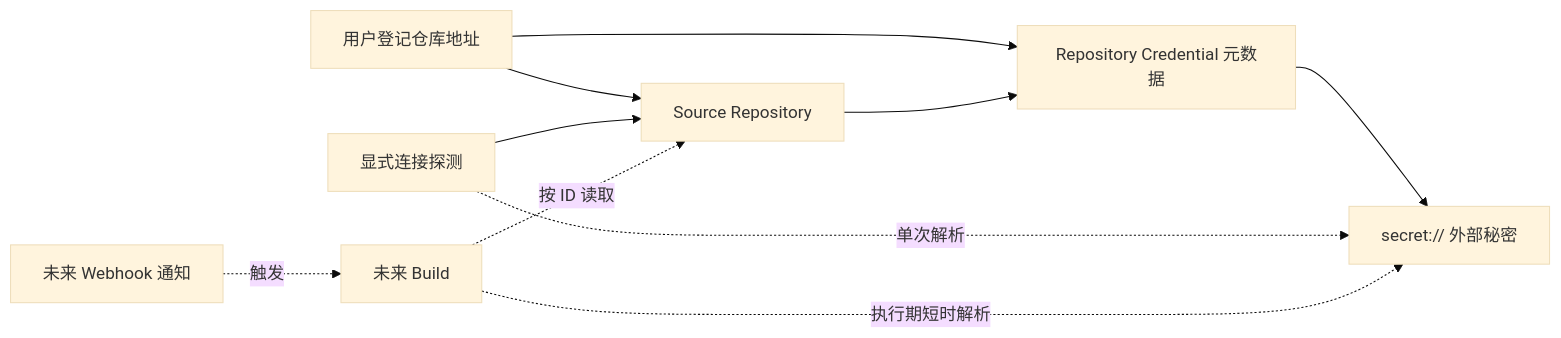
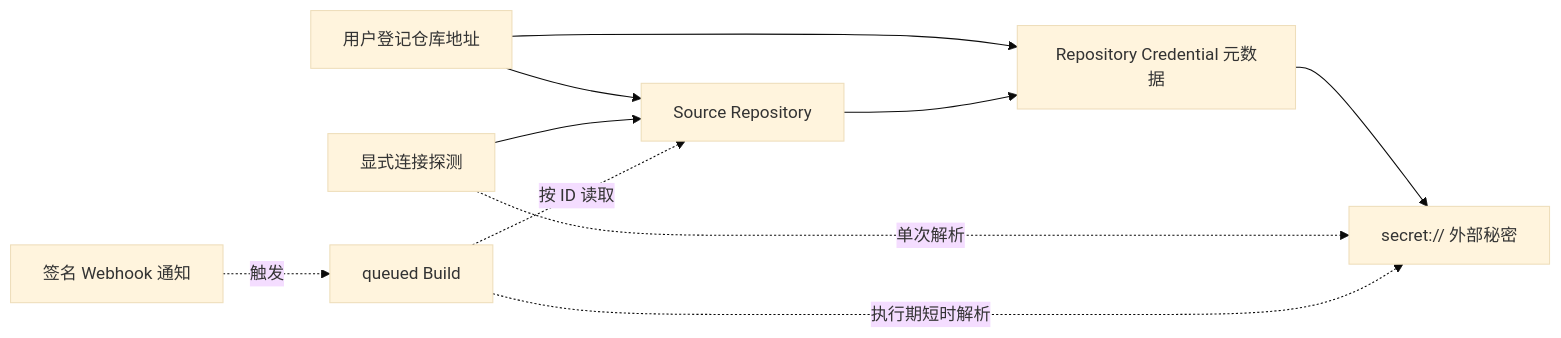
One commit to owndock/owndock changed the first of 2 diagrams in docs/source-repositories.md. Above: the diagram before and after it, drawn with Mermaid (base theme). The commit also changed other lines of this file and 160 other files, not shown here.

````diff
--- a/docs/source-repositories.md
+++ b/docs/source-repositories.md
@@ -17,12 +17,12 @@
 ```mermaid
 flowchart LR
     U[用户登记仓库地址] --> S[Source Repository]
     U --> C[Repository Credential 元数据]
     C --> X[secret:// 外部秘密]
     S --> C
     P[显式连接探测] --> S
     P -.单次解析.-> X
-    W[未来 Webhook 通知] -.触发.-> B[未来 Build]
+    W[签名 Webhook 通知] -.触发.-> B[queued Build]
     B -.按 ID 读取.-> S
     B -.执行期短时解析.-> X
 ```
````
